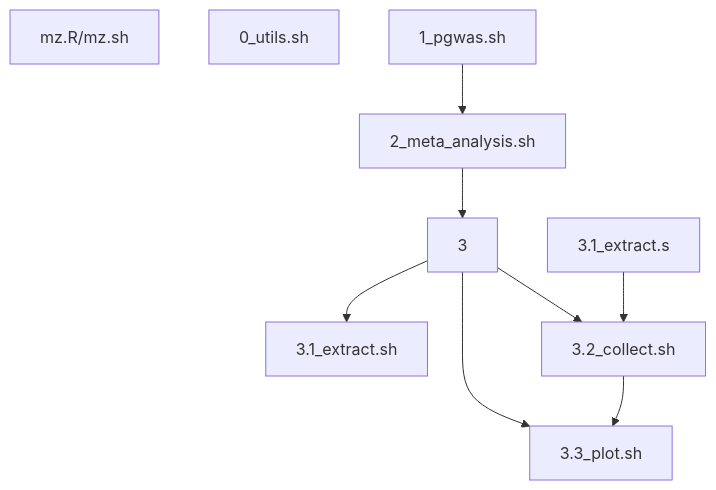
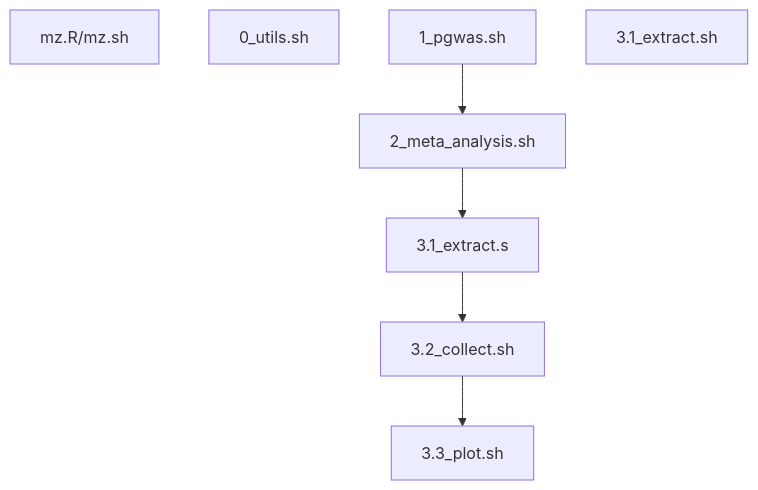
The diagram in peptide_progs/README.md (jinghuazhao/Caprion), drawn with Mermaid before and after one commit.

Commit message:
Analysis

````diff
--- a/peptide_progs/README.md
+++ b/peptide_progs/README.md
@@ -9,16 +9,11 @@
 ```mermaid
 graph TD;
 mz.R/mz.sh
 0_utils.sh
 1_pgwas.sh
 2_meta_analysis.sh
-3
 3.1_extract.sh
 3.2_collect.sh
 3.3_plot.sh
-1_pgwas.sh --> 2_meta_analysis.sh --> 3
-3 --> 3.1_extract.sh
-3 --> 3.2_collect.sh
-3 --> 3.3_plot.sh
-3.1_extract.s --> 3.2_collect.sh --> 3.3_plot.sh
+1_pgwas.sh --> 2_meta_analysis.sh --> 3.1_extract.s --> 3.2_collect.sh --> 3.3_plot.sh
 ```
````
